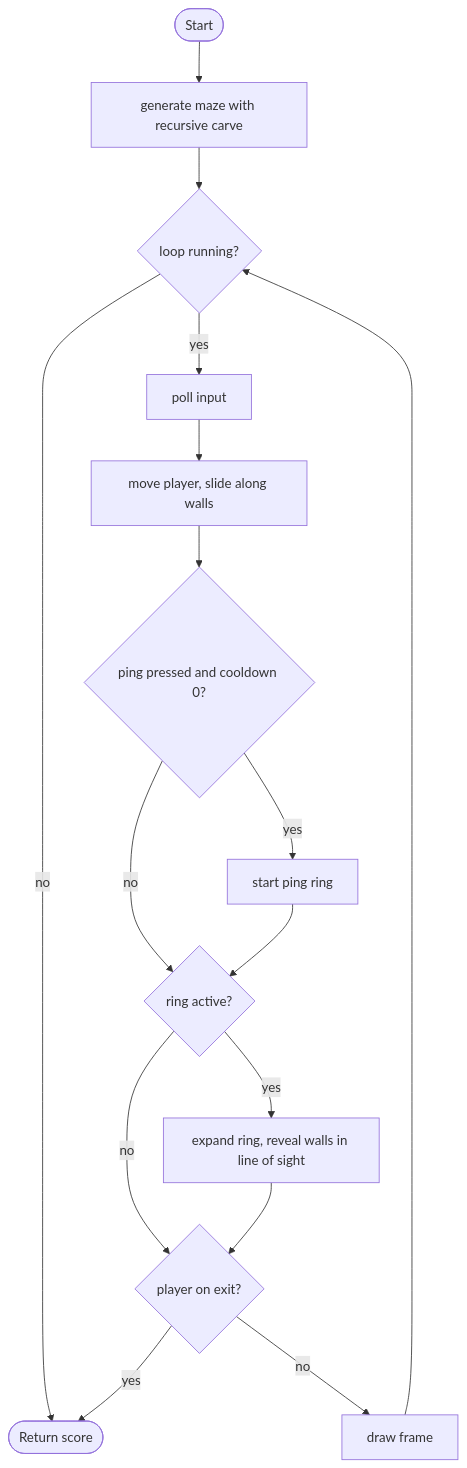
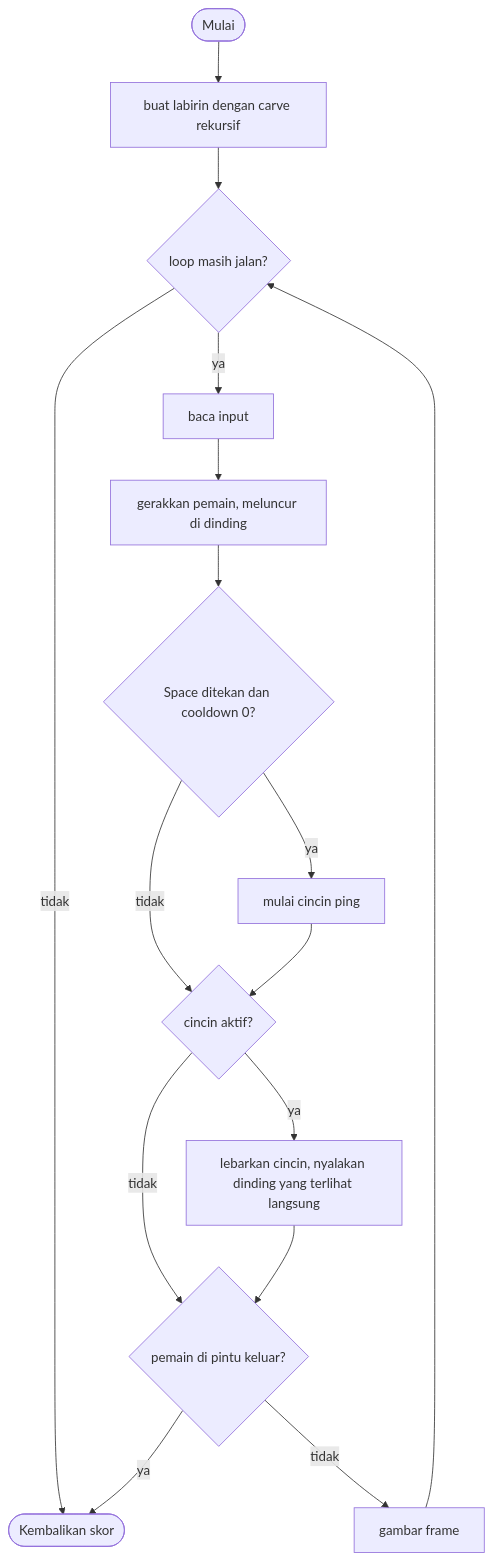
Before and after one commit to zaxx-q/arCade: the diagram in games/echo_maze/GAME.md, drawn with Mermaid. The commit also changed other lines of this file and 19 other files, not shown here.

````diff
--- a/games/echo_maze/GAME.md
+++ b/games/echo_maze/GAME.md
@@ -39,17 +168,17 @@
 ```mermaid
 flowchart TD
-    A([Start]) --> B[generate maze with recursive carve]
-    B --> C{loop running?}
-    C -- no --> Z([Return score])
-    C -- yes --> D[poll input]
-    D --> E[move player, slide along walls]
-    E --> F{ping pressed and cooldown 0?}
-    F -- yes --> G[start ping ring]
-    F -- no --> H{ring active?}
+    A([Mulai]) --> B["buat labirin dengan carve rekursif"]
+    B --> C{"loop masih jalan?"}
+    C -- tidak --> Z([Kembalikan skor])
+    C -- ya --> D[baca input]
+    D --> E["gerakkan pemain, meluncur di dinding"]
+    E --> F{"Space ditekan dan cooldown 0?"}
+    F -- ya --> G[mulai cincin ping]
+    F -- tidak --> H{"cincin aktif?"}
     G --> H
-    H -- yes --> I[expand ring, reveal walls in line of sight]
-    H -- no --> J{player on exit?}
+    H -- ya --> I["lebarkan cincin, nyalakan dinding yang terlihat langsung"]
+    H -- tidak --> J{"pemain di pintu keluar?"}
     I --> J
-    J -- yes --> Z
-    J -- no --> K[draw frame] --> C
+    J -- ya --> Z
+    J -- tidak --> K[gambar frame] --> C
 ```
````
